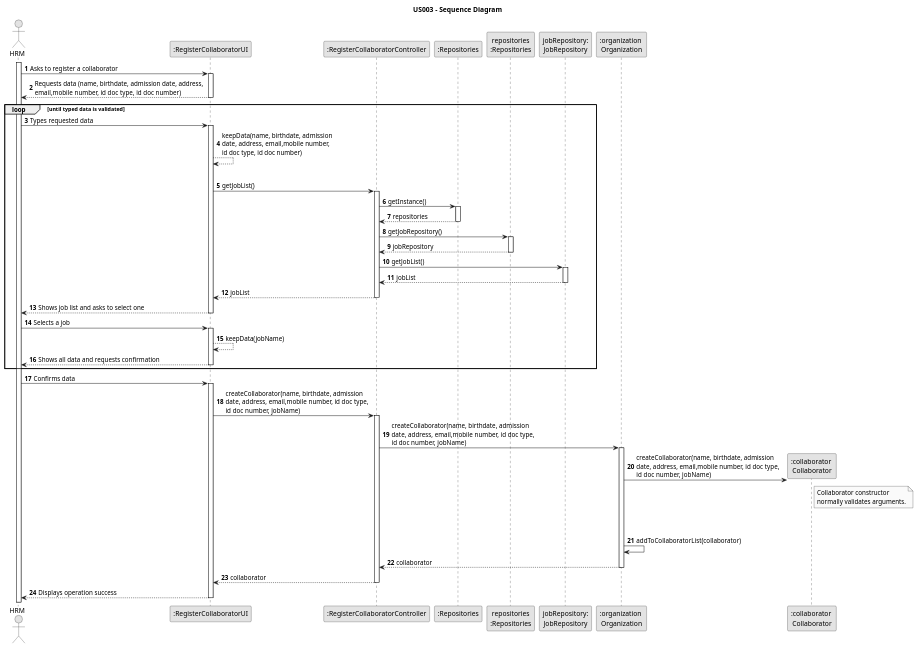
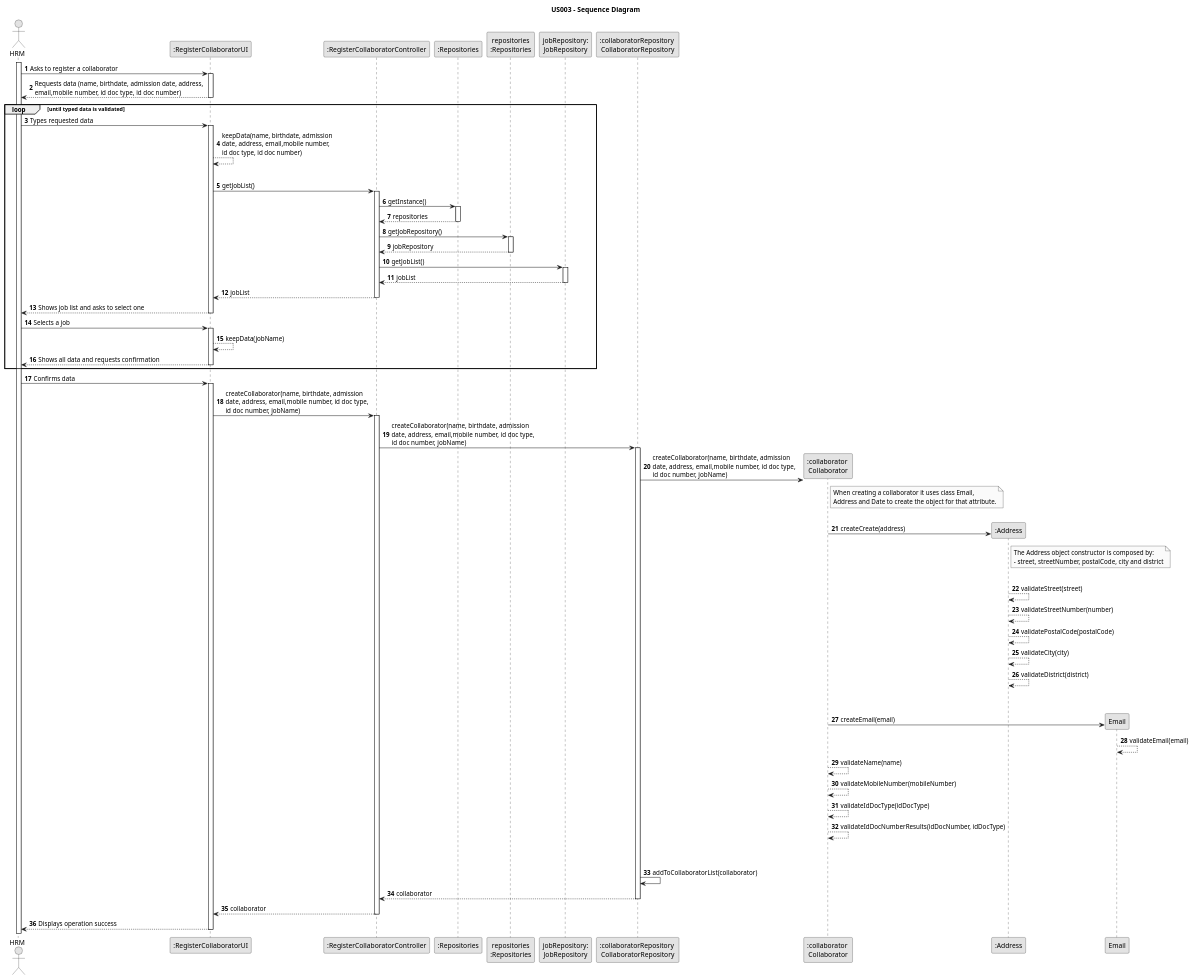
One commit to Rui-San/LAPR2_2023_2024 changed the diagram in docs/sprintB/us003/03.design/puml/us003-sequence-diagram.puml. Above: the diagram before and after it, drawn with PlantUML.

Commit message:
us003-sequence-diagram
Removed Organization and added CollaboratorRepository.

Added validations that each Class is responsible for

```diff
--- a/docs/sprintB/us003/03.design/puml/us003-sequence-diagram.puml
+++ b/docs/sprintB/us003/03.design/puml/us003-sequence-diagram.puml
@@ -1,101 +1,129 @@
 @startuml
 skinparam monochrome true
 skinparam packageStyle rectangle
 skinparam shadowing false
 
 title US003 - Sequence Diagram
 
 autonumber
 
 actor "HRM" as HRM
 participant ":RegisterCollaboratorUI" as UI
 participant ":RegisterCollaboratorController" as CTRL
 participant ":Repositories" as RepositorySingleton
 participant "repositories\n:Repositories" as PLAT
 participant "jobRepository:\nJobRepository" as JobRepository
-participant ":organization \nOrganization" as ORG
+participant ":collaboratorRepository \nCollaboratorRepository" as COLREP
 participant ":collaborator \nCollaborator" as COL
-
+participant ":Address" as Address
 
 activate HRM
 
     HRM -> UI : Asks to register a collaborator
 
     activate UI
 
         UI --> HRM : Requests data (name, birthdate, admission date, address, \nemail,mobile number, id doc type, id doc number)
     deactivate UI
 
     loop until typed data is validated
 
     HRM -> UI : Types requested data
 
     activate UI
         UI --> UI : keepData(name, birthdate, admission\ndate, address, email,mobile number,\nid doc type, id doc number)
         |||
         UI -> CTRL : getJobList()
 
 
         activate CTRL
 
             CTRL -> RepositorySingleton : getInstance()
 
             activate RepositorySingleton
 
             RepositorySingleton --> CTRL : repositories
             deactivate RepositorySingleton
 
             CTRL -> PLAT : getJobRepository()
             activate PLAT
 
             PLAT --> CTRL : jobRepository
             deactivate PLAT
 
             CTRL -> JobRepository : getJobList()
             activate JobRepository
 
             JobRepository --> CTRL : jobList
             deactivate JobRepository
 
             CTRL --> UI : jobList
         deactivate CTRL
 
         UI --> HRM : Shows job list and asks to select one
     deactivate UI
 
     HRM -> UI : Selects a job
 
     activate UI
 
         UI --> UI : keepData(jobName)
         UI --> HRM : Shows all data and requests confirmation
     deactivate UI
     end
 
     HRM -> UI : Confirms data
 
     activate UI
 
         UI -> CTRL : createCollaborator(name, birthdate, admission\ndate, address, email,mobile number, id doc type,\nid doc number, jobName)
         activate CTRL
 
-            CTRL -> ORG : createCollaborator(name, birthdate, admission\ndate, address, email,mobile number, id doc type,\nid doc number, jobName)
-            activate ORG
+            CTRL -> COLREP : createCollaborator(name, birthdate, admission\ndate, address, email,mobile number, id doc type,\nid doc number, jobName)
+            activate COLREP
 
-                ORG -> COL** : createCollaborator(name, birthdate, admission\ndate, address, email,mobile number, id doc type,\nid doc number, jobName)
-                note right of COL : Collaborator constructor\nnormally validates arguments.
+                COLREP -> COL** : createCollaborator(name, birthdate, admission\ndate, address, email,mobile number, id doc type,\nid doc number, jobName)
+                note right of COL : When creating a collaborator it uses class Email,\nAddress and Date to create the object for that attribute.
+
+               |||
+                COL -> Address** : createCreate(address)
+
+                note right of Address: The Address object constructor is composed by:\n- street, streetNumber, postalCode, city and district
+                |||
+                Address --> Address : validateStreet(street)
+                Address --> Address : validateStreetNumber(number)
+                Address --> Address : validatePostalCode(postalCode)
+                Address --> Address : validateCity(city)
+                Address --> Address : validateDistrict(district)
+
                 |||
                 |||
-                ORG -> ORG : addToCollaboratorList(collaborator)
-                ORG --> CTRL : collaborator
-            deactivate ORG
+
+
+
+                COL -> Email** : createEmail(email)
+
+                Email --> Email : validateEmail(email)
+                COL --> COL : validateName(name)
+                COL --> COL : validateMobileNumber(mobileNumber)
+                COL --> COL : validateIdDocType(idDocType)
+                COL --> COL : validateIdDocNumberResults(idDocNumber, idDocType)
+
+
+                |||
+                |||
+
+                COLREP -> COLREP : addToCollaboratorList(collaborator)
+                COLREP --> CTRL : collaborator
+
+            deactivate COLREP
 
             CTRL --> UI : collaborator
         deactivate CTRL
 
         UI --> HRM : Displays operation success
     deactivate UI
 
 
 
 @enduml
```
